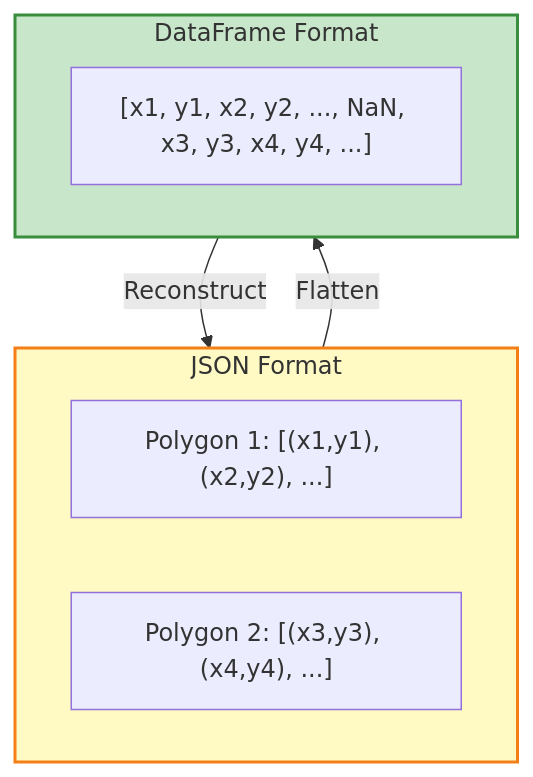
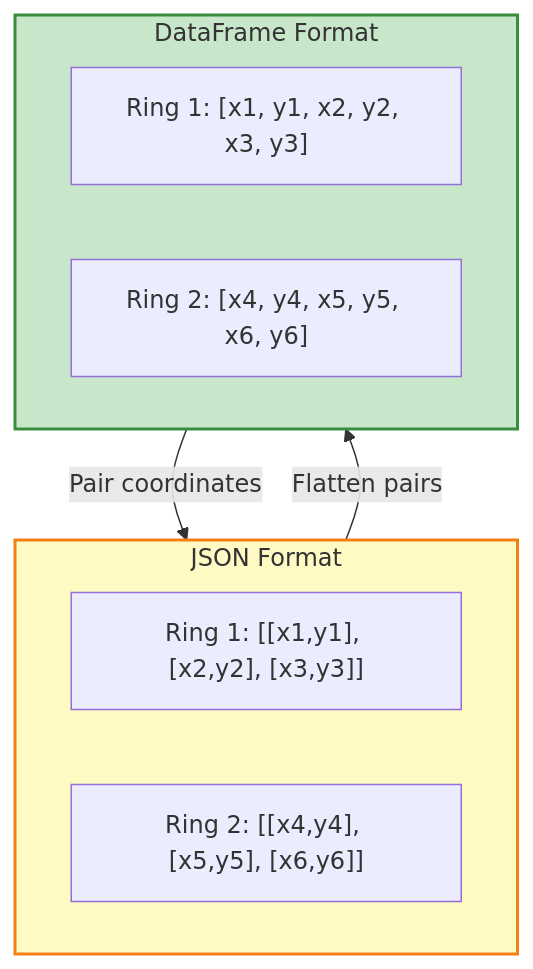
The fourth of 5 diagrams in DATASET_FORMAT.md (EdgeFirstAI/client), drawn with Mermaid before and after one commit. The commit also changed other lines of this file, not shown here.

First line of the commit message:
EDGEAI-2492: Update DATASET_FORMAT.md for 2026.04 schema

````diff
--- a/DATASET_FORMAT.md
+++ b/DATASET_FORMAT.md
@@ -619,19 +728,20 @@
 ```mermaid
 graph TB
     subgraph JSON["JSON Format"]
         direction LR
-        J1["Polygon 1: [(x1,y1), (x2,y2), ...]"]
-        J2["Polygon 2: [(x3,y3), (x4,y4), ...]"]
+        J1["Ring 1: [[x1,y1], [x2,y2], [x3,y3]]"]
+        J2["Ring 2: [[x4,y4], [x5,y5], [x6,y6]]"]
     end
-    
+
     subgraph DF["DataFrame Format"]
         direction LR
-        D1["[x1, y1, x2, y2, ..., NaN, x3, y3, x4, y4, ...]"]
+        D1["Ring 1: [x1, y1, x2, y2, x3, y3]"]
+        D2["Ring 2: [x4, y4, x5, y5, x6, y6]"]
     end
-    
-    JSON -->|"Flatten"| DF
-    DF -->|"Reconstruct"| JSON
-    
+
+    JSON -->|"Flatten pairs"| DF
+    DF -->|"Pair coordinates"| JSON
+
     style JSON fill:#fff9c4,stroke:#f57f17,stroke-width:2px
     style DF fill:#c8e6c9,stroke:#388e3c,stroke-width:2px
 ```
````
